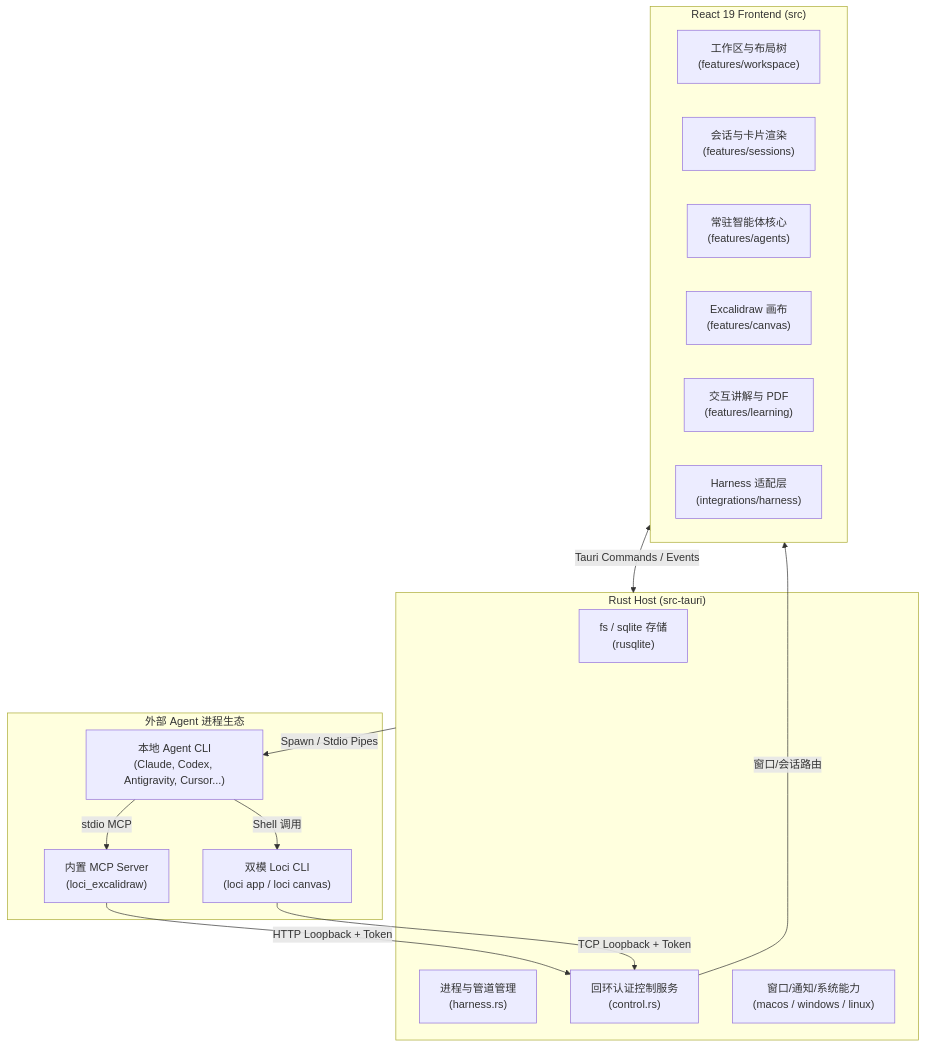
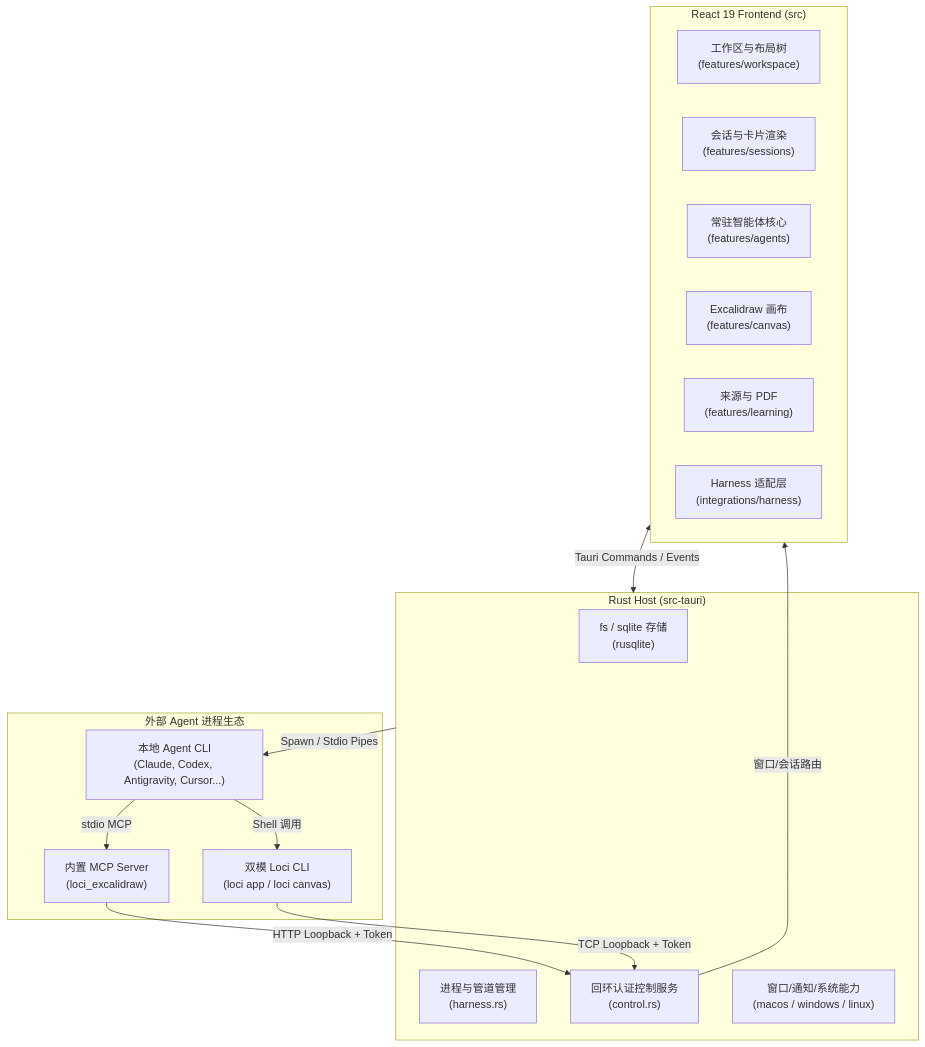
The first of 2 diagrams in docs/agent-design-discussion.md (Umupa/Loci), drawn with Mermaid before and after one commit. The commit also changed other lines of this file and 72 other files, not shown here.

````diff
--- a/docs/agent-design-discussion.md
+++ b/docs/agent-design-discussion.md
@@ -30,32 +30,32 @@
 ```mermaid
 flowchart TB
     subgraph Host["Rust Host (src-tauri)"]
         FS["fs / sqlite 存储<br/>(rusqlite)"]
         HarnessHost["进程与管道管理<br/>(harness.rs)"]
         Control["回环认证控制服务<br/>(control.rs)"]
         NativeOS["窗口/通知/系统能力<br/>(macos / windows / linux)"]
     end
 
     subgraph Frontend["React 19 Frontend (src)"]
         Workspace["工作区与布局树<br/>(features/workspace)"]
         Sessions["会话与卡片渲染<br/>(features/sessions)"]
         Agents["常驻智能体核心<br/>(features/agents)"]
         CanvasUI["Excalidraw 画布<br/>(features/canvas)"]
-        Learning["交互讲解与 PDF<br/>(features/learning)"]
+        Learning["来源与 PDF<br/>(features/learning)"]
         HarnessCore["Harness 适配层<br/>(integrations/harness)"]
     end
 
     subgraph External["外部 Agent 进程生态"]
         CLI["本地 Agent CLI<br/>(Claude, Codex, Antigravity, Cursor...)"]
         MCP["内置 MCP Server<br/>(loci_excalidraw)"]
         LociCLI["双模 Loci CLI<br/>(loci app / loci canvas)"]
     end
 
     Frontend <-->|"Tauri Commands / Events"| Host
     Host -->|"Spawn / Stdio Pipes"| CLI
     CLI -->|"stdio MCP"| MCP
     CLI -->|"Shell 调用"| LociCLI
     MCP -->|"HTTP Loopback + Token"| Control
     LociCLI -->|"TCP Loopback + Token"| Control
     Control -->|"窗口/会话路由"| Frontend
 ```
````
